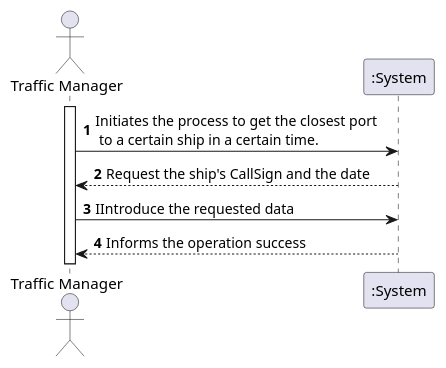
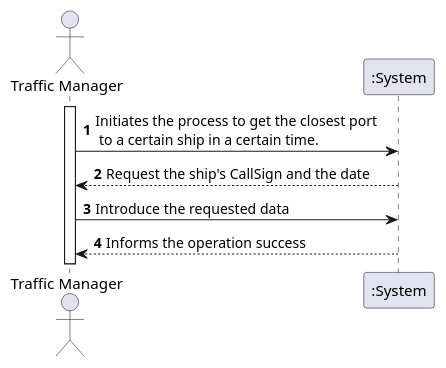
The diagram in docs/US202/US202_SSD.puml (0franciscor/lapr3-2021-g042), drawn with PlantUML before and after one commit. The commit also changed 3 other files, not shown here.

```diff
--- a/docs/US202/US202_SSD.puml
+++ b/docs/US202/US202_SSD.puml
@@ -1,13 +1,13 @@
 @startuml
 autonumber
 
 actor "Traffic Manager" as M
 
 activate M
 M -> ":System": Initiates the process to get the closest port \n to a certain ship in a certain time.
 ":System" --> M --: Request the ship's CallSign and the date
-M -> ":System": IIntroduce the requested data
+M -> ":System": Introduce the requested data
 ":System" --> M --: Informs the operation success
 
 
 @enduml
```
